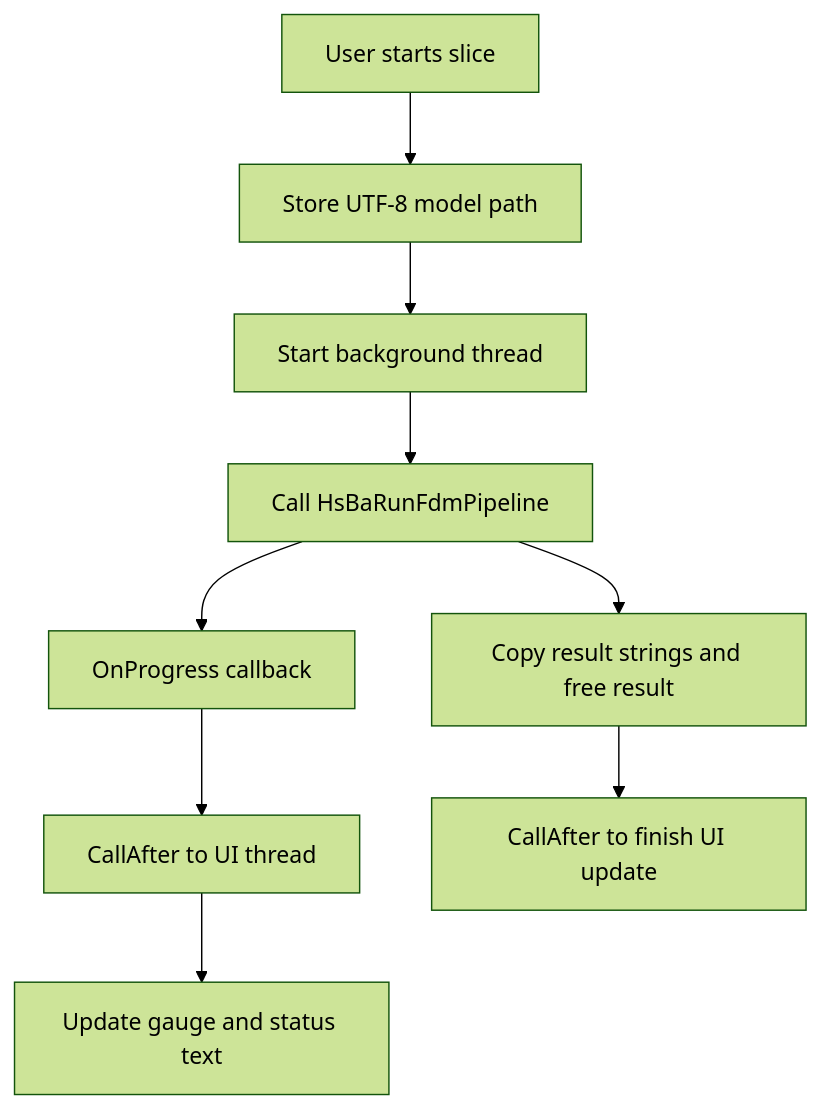
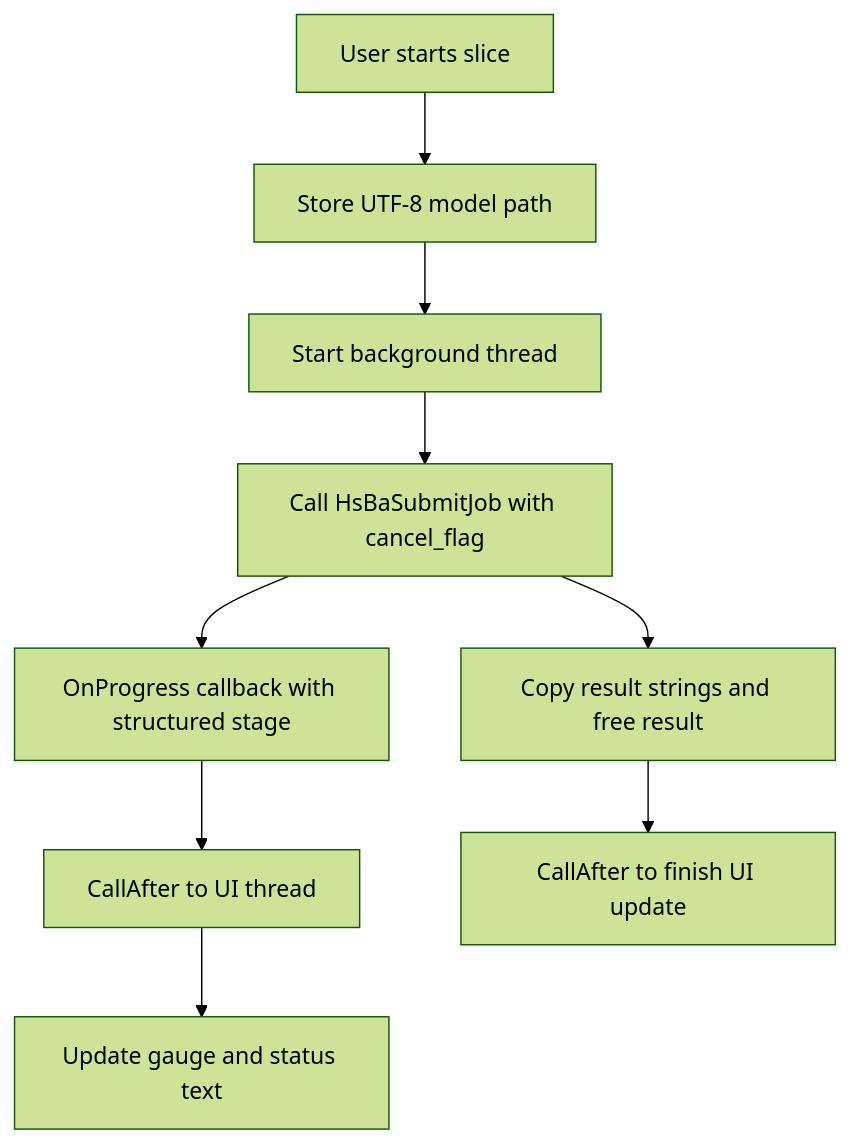
One commit to hsmbanlance/HsBaSlicer changed the sixth of 10 diagrams in .qoder/repowiki/en/content/Integration Guide/Integration Guide.md. Above: the diagram before and after it, drawn with Mermaid (forest theme). The commit also changed other lines of this file and 101 other files, not shown here.

````diff
--- a/.qoder/repowiki/en/content/Integration Guide/Integration Guide.md
+++ b/.qoder/repowiki/en/content/Integration Guide/Integration Guide.md
@@ -237,11 +474,11 @@
 ```mermaid
 flowchart TD
 Click["User starts slice"] --> StorePath["Store UTF-8 model path"]
 StorePath --> Thread["Start background thread"]
-Thread --> Run["Call HsBaRunFdmPipeline"]
-Run --> Callback["OnProgress callback"]
+Thread --> Run["Call HsBaSubmitJob with cancel_flag"]
+Run --> Callback["OnProgress callback with structured stage"]
 Callback --> CallAfter["CallAfter to UI thread"]
 CallAfter --> Gauge["Update gauge and status text"]
 Run --> Done["Copy result strings and free result"]
 Done --> CallAfterDone["CallAfter to finish UI update"]
 ```
````
